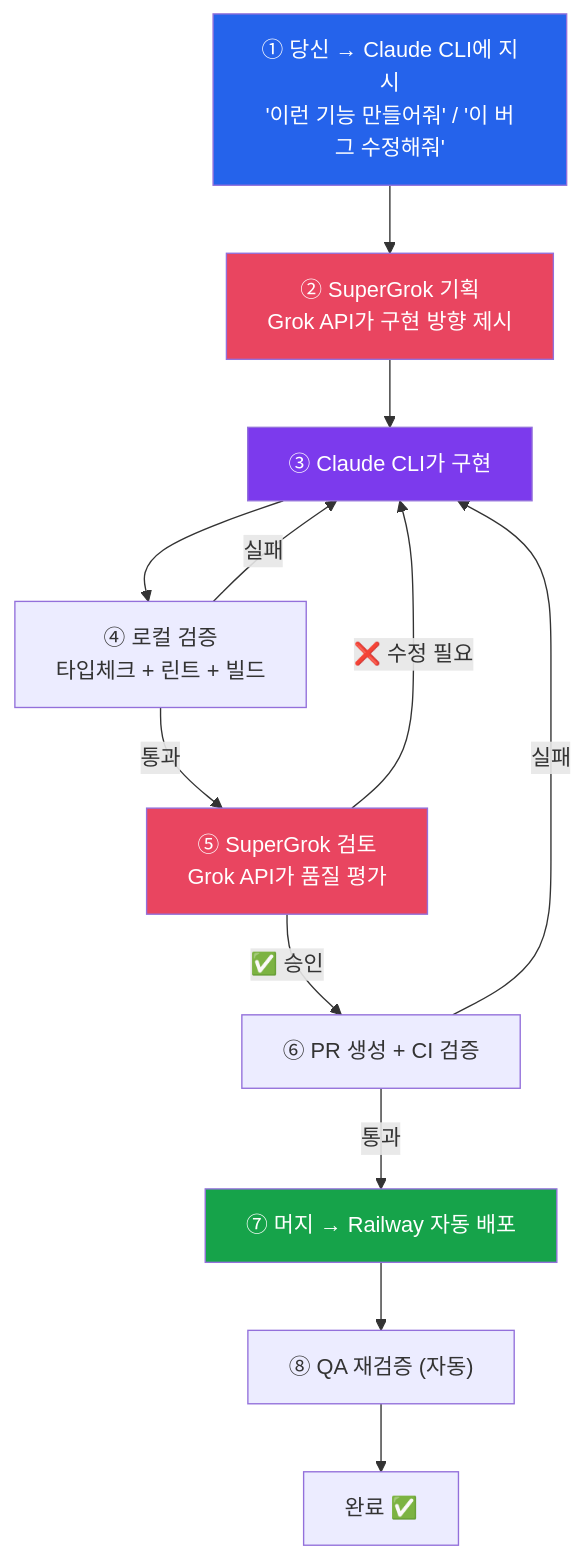
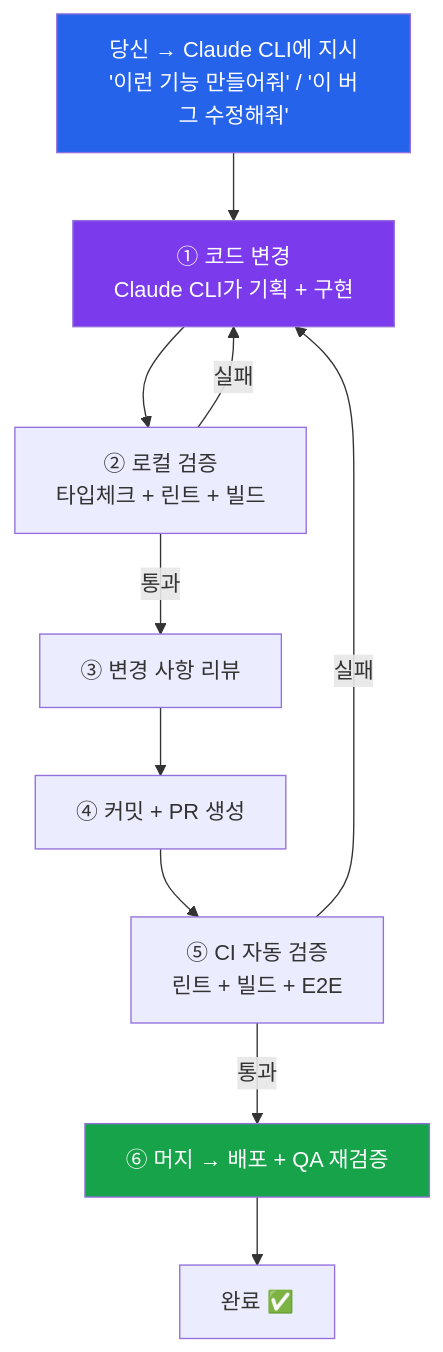
Before and after one commit to xzawed/ArcanaInsight: the third of 6 diagrams in docs/operation-guide.md, drawn with Mermaid. The commit also changed other lines of this file and 2 other files, not shown here.

````diff
--- a/docs/operation-guide.md
+++ b/docs/operation-guide.md
@@ -69,21 +69,17 @@
 ```mermaid
 flowchart TD
-    지시["① 당신 → Claude CLI에 지시<br/>'이런 기능 만들어줘' / '이 버그 수정해줘'"]
-    지시 --> 기획["② SuperGrok 기획<br/>Grok API가 구현 방향 제시"]
-    기획 --> 구현["③ Claude CLI가 구현"]
-    구현 --> 검증["④ 로컬 검증<br/>타입체크 + 린트 + 빌드"]
+    지시["당신 → Claude CLI에 지시<br/>'이런 기능 만들어줘' / '이 버그 수정해줘'"]
+    지시 --> 구현["① 코드 변경<br/>Claude CLI가 기획 + 구현"]
+    구현 --> 검증["② 로컬 검증<br/>타입체크 + 린트 + 빌드"]
     검증 -->|실패| 구현
-    검증 -->|통과| 리뷰["⑤ SuperGrok 검토<br/>Grok API가 품질 평가"]
-    리뷰 -->|❌ 수정 필요| 구현
-    리뷰 -->|✅ 승인| PR["⑥ PR 생성 + CI 검증"]
-    PR -->|실패| 구현
-    PR -->|통과| 배포["⑦ 머지 → Railway 자동 배포"]
-    배포 --> QA["⑧ QA 재검증 (자동)"]
-    QA --> 완료["완료 ✅"]
+    검증 -->|통과| 리뷰["③ 변경 사항 리뷰"]
+    리뷰 --> PR["④ 커밋 + PR 생성"]
+    PR --> CI["⑤ CI 자동 검증<br/>린트 + 빌드 + E2E"]
+    CI -->|실패| 구현
+    CI -->|통과| 배포["⑥ 머지 → 배포 + QA 재검증"]
+    배포 --> 완료["완료 ✅"]
 
     style 지시 fill:#2563eb,color:#fff
-    style 기획 fill:#e94560,color:#fff
     style 구현 fill:#7c3aed,color:#fff
-    style 리뷰 fill:#e94560,color:#fff
     style 배포 fill:#16a34a,color:#fff
 ```
````
